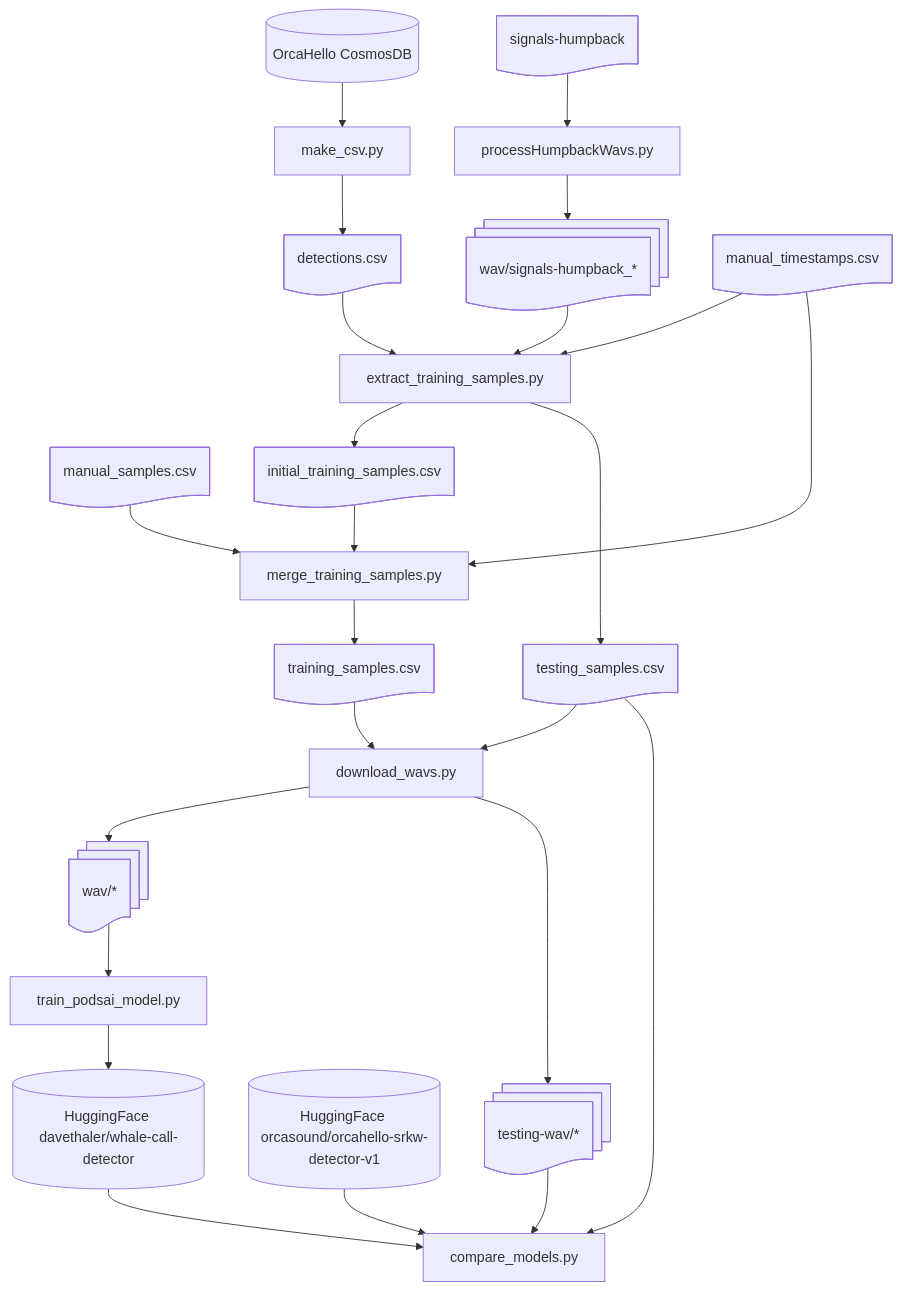
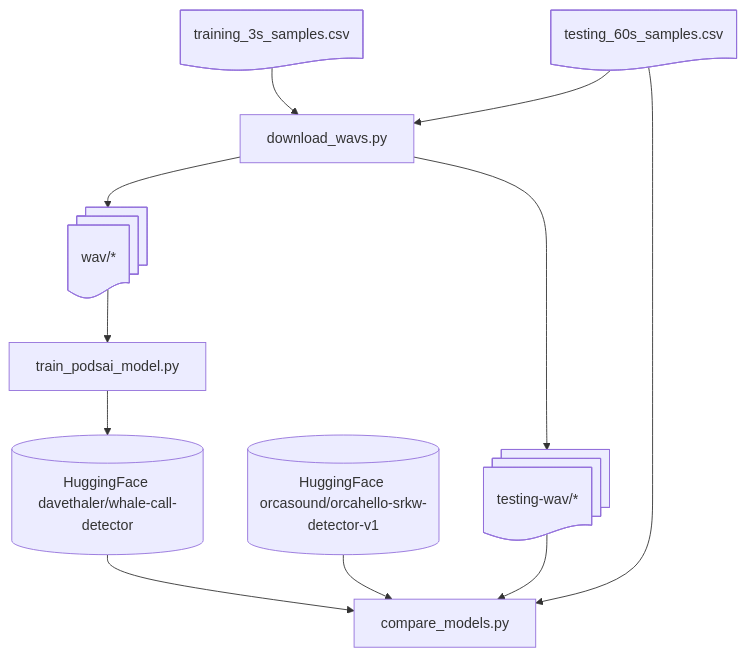
One commit to aibatchelor22/pods-ai changed the diagram in README.md. Above: the diagram before and after it, drawn with Mermaid. The commit also changed other lines of this file and 31 other files, not shown here.

First line of the commit message:
Archive bootstrap CSV pipeline, rename active sample CSVs, gate download_wavs with overlap checks, and fully decouple src from bootstrap imports (#270)

````diff
--- a/README.md
+++ b/README.md
@@ -31,46 +24,23 @@
 ```mermaid
 flowchart TD;
-    orcaHello[(OrcaHello CosmosDB)];
     podsaiModel[(HuggingFace davethaler/whale-call-detector)];
     orcaHelloModel[(HuggingFace orcasound/orcahello-srkw-detector-v1)];
-    manualSamples@{ shape: doc, label: "manual_samples.csv" };
-    detections@{ shape: doc, label: "detections.csv" };
-    initialTrainingSamples@{ shape: doc, label: "initial_training_samples.csv" };
-    trainingSamples@{ shape: doc, label: "training_samples.csv" };
-    testingSamples@{ shape: doc, label: "testing_samples.csv" };
-    signalsHumpback@{ shape: doc, label: "signals-humpback" };
-    humpbackSignals@{ shape: docs, label: "wav/signals-humpback_*" };
-    manualTimestamps@{ shape: doc, label: "manual_timestamps.csv" };
+    trainingSamples@{ shape: doc, label: "training_3s_samples.csv" };
+    testingSamples@{ shape: doc, label: "testing_60s_samples.csv" };
     wav@{ shape: docs, label: "wav/*" };
     testingWav@{ shape: docs, label: "testing-wav/*" };
 
-    processHumpbackWavs@{ shape: rect, label: "processHumpbackWavs.py" };
-    makeCsv@{ shape: rect, label: "make_csv.py" };
-    extractTrainingSamples@{ shape: rect, label: "extract_training_samples.py" };
-    mergeTrainingSamples@{ shape: rect, label: "merge_training_samples.py" };
     downloadWavs@{ shape: rect, label: "download_wavs.py" };
     trainPodsaiModel@{ shape: rect, label: "train_podsai_model.py" };
     compareModels@{ shape: rect, label: "compare_models.py" };
-
-    orcaHello-->makeCsv-->detections;
-
-    signalsHumpback-->processHumpbackWavs-->humpbackSignals;
-
-    detections-->extractTrainingSamples-->initialTrainingSamples;
-    humpbackSignals-->extractTrainingSamples;
-    manualTimestamps-->extractTrainingSamples;
-    extractTrainingSamples-->testingSamples;
-    initialTrainingSamples-->mergeTrainingSamples-->trainingSamples;
-    manualSamples-->mergeTrainingSamples;
-    manualTimestamps-->mergeTrainingSamples;
 
     trainingSamples-->downloadWavs-->wav;
     testingSamples-->downloadWavs-->testingWav;
 
     wav-->trainPodsaiModel-->podsaiModel;
 
     podsaiModel-->compareModels;
     testingSamples-->compareModels;
     testingWav-->compareModels;
     orcaHelloModel-->compareModels;
 ```
````
